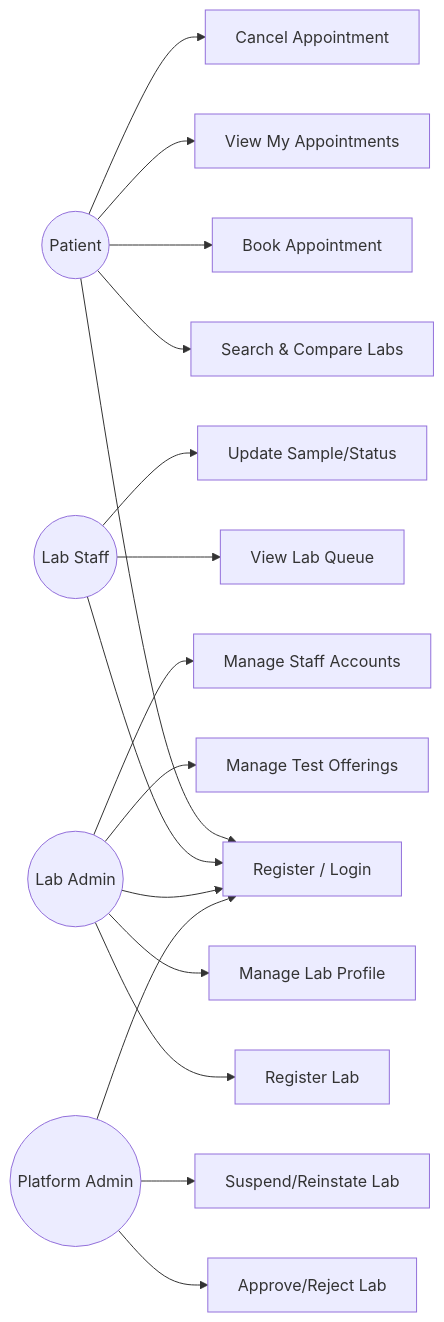
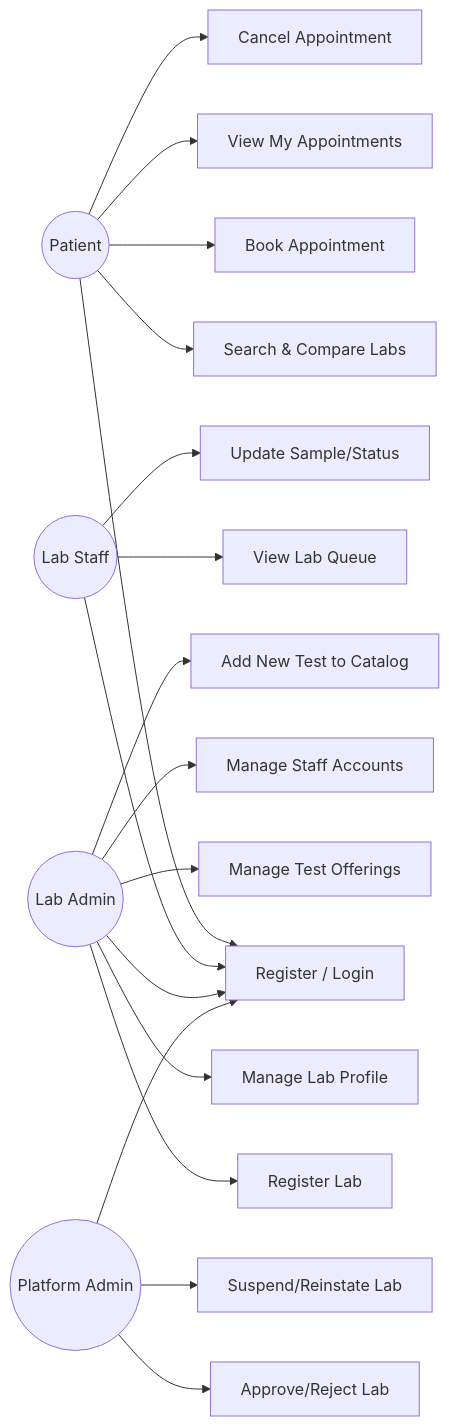
One commit to DowanaVictoria/labtrack changed the second of 6 diagrams in docs/System_Design.md. Above: the diagram before and after it, drawn with Mermaid. The commit also changed other lines of this file and 23 other files, not shown here.

````diff
--- a/docs/System_Design.md
+++ b/docs/System_Design.md
@@ -74,27 +76,28 @@
 ```mermaid
 flowchart LR
     Patient((Patient))
     Staff((Lab Staff))
     LabAdmin((Lab Admin))
     PlatformAdmin((Platform Admin))
 
     Patient --> UC1[Register / Login]
     Patient --> UC2[Search & Compare Labs]
     Patient --> UC3[Book Appointment]
     Patient --> UC4[View My Appointments]
     Patient --> UC5[Cancel Appointment]
 
     Staff --> UC1
     Staff --> UC6[View Lab Queue]
     Staff --> UC7[Update Sample/Status]
 
     LabAdmin --> UC1
     LabAdmin --> UC8[Register Lab]
     LabAdmin --> UC9[Manage Lab Profile]
     LabAdmin --> UC10[Manage Test Offerings]
     LabAdmin --> UC11[Manage Staff Accounts]
+    LabAdmin --> UC15[Add New Test to Catalog]
 
     PlatformAdmin --> UC1
     PlatformAdmin --> UC12[Approve/Reject Lab]
     PlatformAdmin --> UC14[Suspend/Reinstate Lab]
 ```
````
